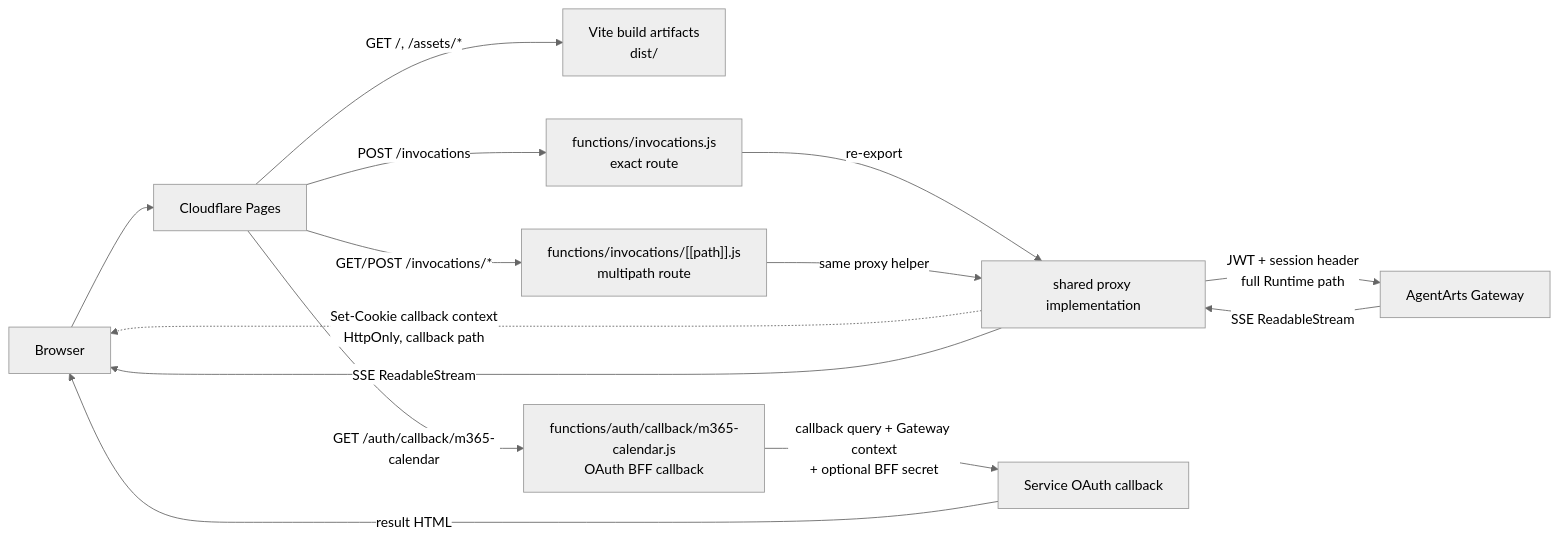
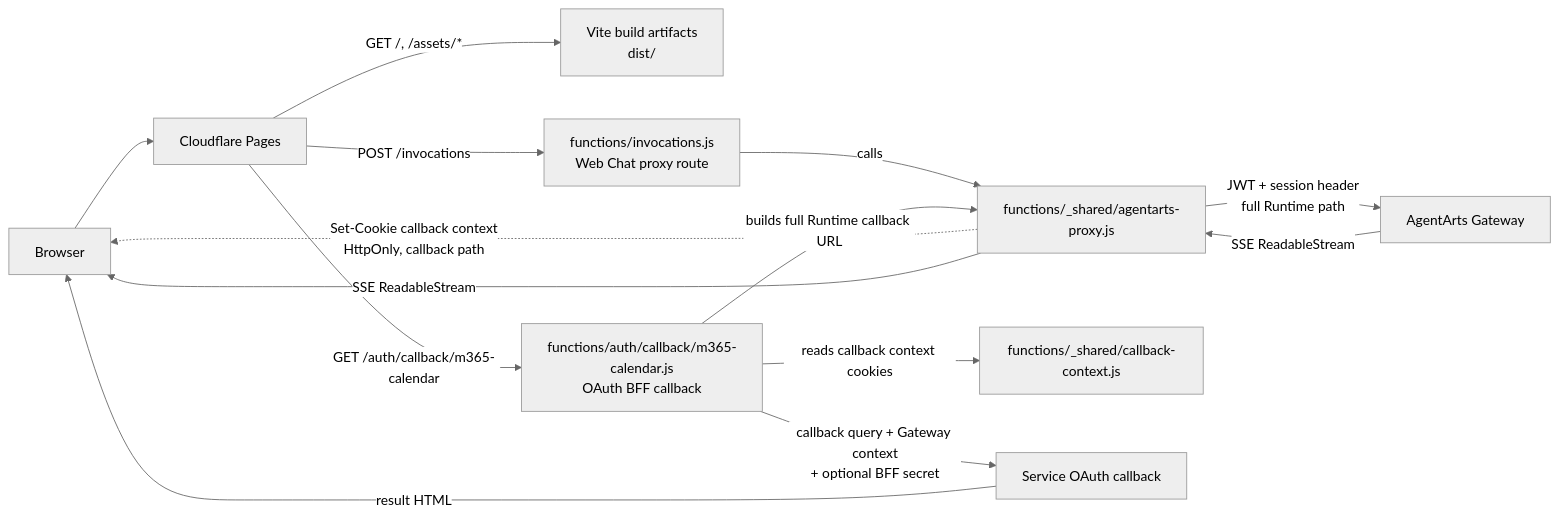
Before and after one commit to T-1009/personal-assistant: the first of 2 diagrams in personal-assistant-meta/architecture/cloud-service/cloudflare/pages.md, drawn with Mermaid (neutral theme). The commit also changed other lines of this file and 7 other files, not shown here.

First line of the commit message:
refactor: extract shared proxy and callback helpers, remove /invocations/* catch-all route

````diff
--- a/personal-assistant-meta/architecture/cloud-service/cloudflare/pages.md
+++ b/personal-assistant-meta/architecture/cloud-service/cloudflare/pages.md
@@ -10,18 +10,18 @@
 ```mermaid
 flowchart LR
     Browser["Browser"] --> Pages["Cloudflare Pages"]
 
     Pages -->|"GET /, /assets/*"| Assets["Vite build artifacts<br/>dist/"]
-    Pages -->|"POST /invocations"| ExactFn["functions/invocations.js<br/>exact route"]
-    Pages -->|"GET/POST /invocations/*"| DeepFn["functions/invocations/[[path]].js<br/>multipath route"]
+    Pages -->|"POST /invocations"| InvocationsFn["functions/invocations.js<br/>Web Chat proxy route"]
     Pages -->|"GET /auth/callback/m365-calendar"| CallbackFn["functions/auth/callback/m365-calendar.js<br/>OAuth BFF callback"]
 
-    ExactFn -->|"re-export"| Proxy["shared proxy implementation"]
-    DeepFn -->|"same proxy helper"| Proxy
+    InvocationsFn -->|"calls"| Proxy["functions/_shared/agentarts-proxy.js"]
     Proxy -->|"JWT + session header<br/>full Runtime path"| Gateway["AgentArts Gateway"]
     Proxy -.->|"Set-Cookie callback context<br/>HttpOnly, callback path"| Browser
+    CallbackFn -->|"builds full Runtime callback URL"| Proxy
+    CallbackFn -->|"reads callback context cookies"| Context["functions/_shared/callback-context.js"]
     CallbackFn -->|"callback query + Gateway context<br/>+ optional BFF secret"| OAuthCallback["Service OAuth callback"]
     Gateway -->|"SSE ReadableStream"| Proxy
     Proxy -->|"SSE ReadableStream"| Browser
     OAuthCallback -->|"result HTML"| Browser
 ```
````
